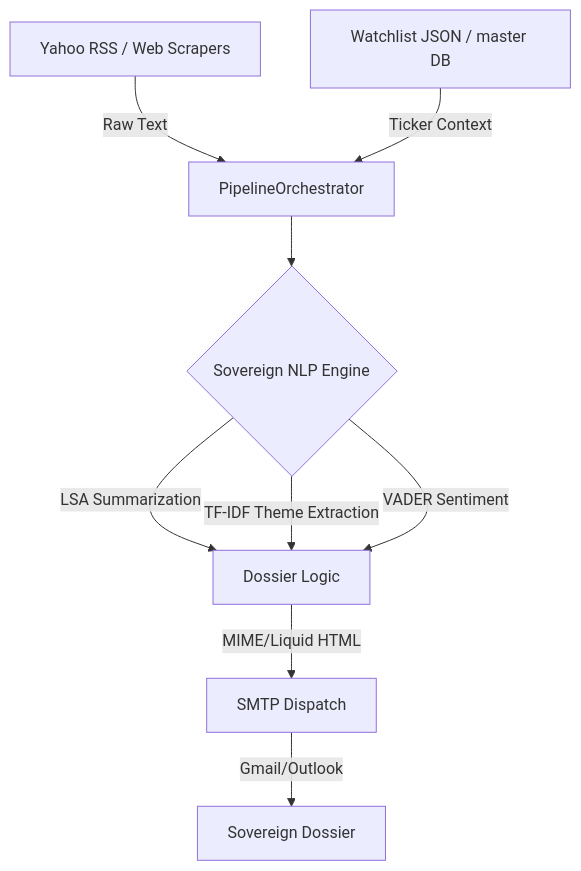
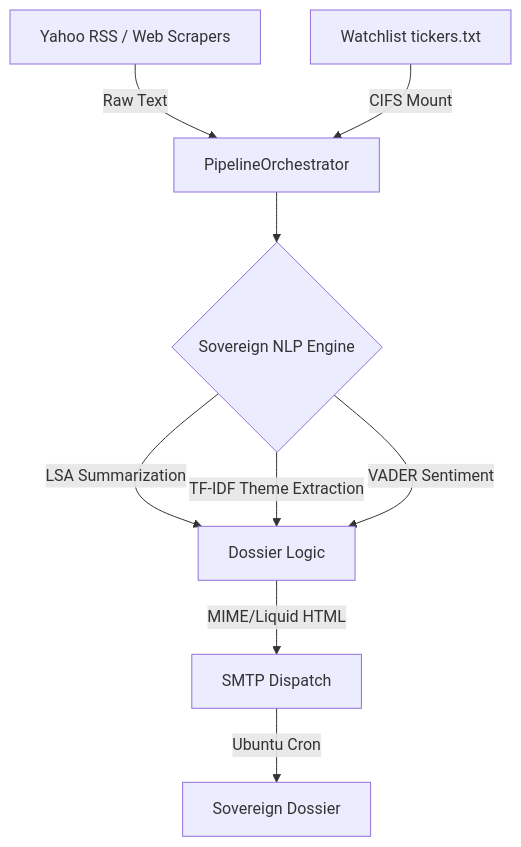
One commit to teeesss/ai_stock_plays changed the diagram in docs/SOVEREIGN_INTEL_SYSTEM.md. Above: the diagram before and after it, drawn with Mermaid. The commit also changed other lines of this file and 14 other files, not shown here.

````diff
--- a/docs/SOVEREIGN_INTEL_SYSTEM.md
+++ b/docs/SOVEREIGN_INTEL_SYSTEM.md
@@ -6,11 +6,11 @@
 ```mermaid
 graph TD
     A[Yahoo RSS / Web Scrapers] -->|Raw Text| B[PipelineOrchestrator]
-    C[Watchlist JSON / master DB] -->|Ticker Context| B
+    C[Watchlist tickers.txt] -->|CIFS Mount| B
     B --> D{Sovereign NLP Engine}
     D -->|LSA Summarization| E[Dossier Logic]
     D -->|TF-IDF Theme Extraction| E
     D -->|VADER Sentiment| E
     E -->|MIME/Liquid HTML| F[SMTP Dispatch]
-    F -->|Gmail/Outlook| G[Sovereign Dossier]
+    F -->|Ubuntu Cron| G[Sovereign Dossier]
 ```
````
